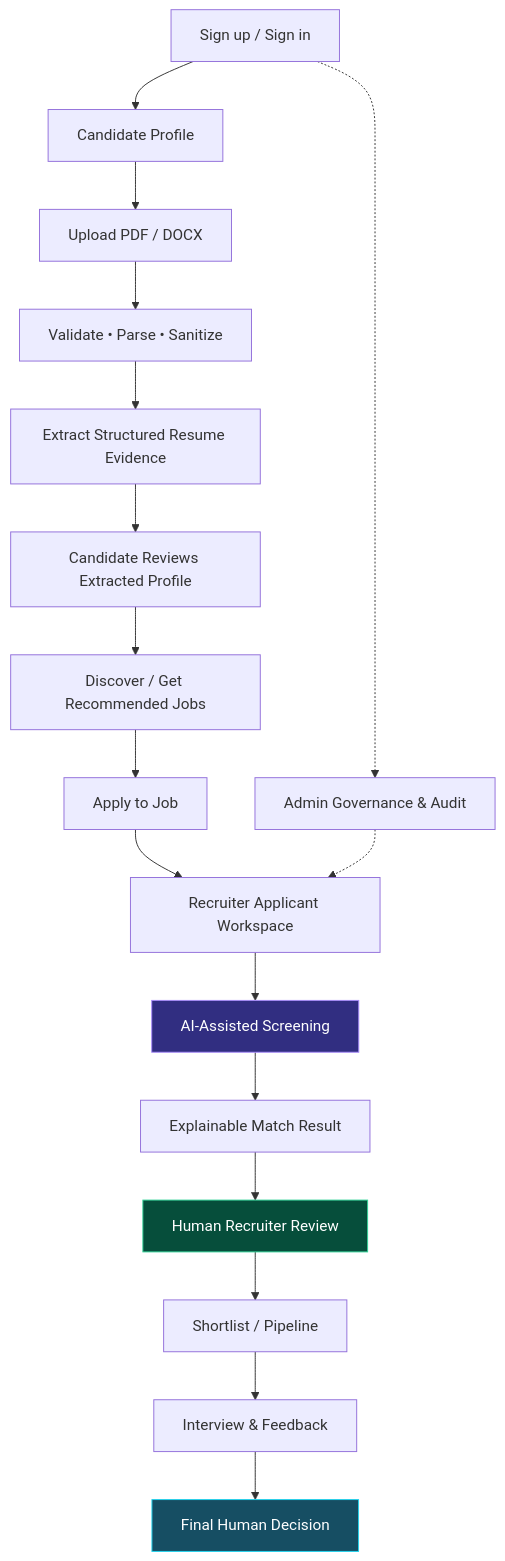
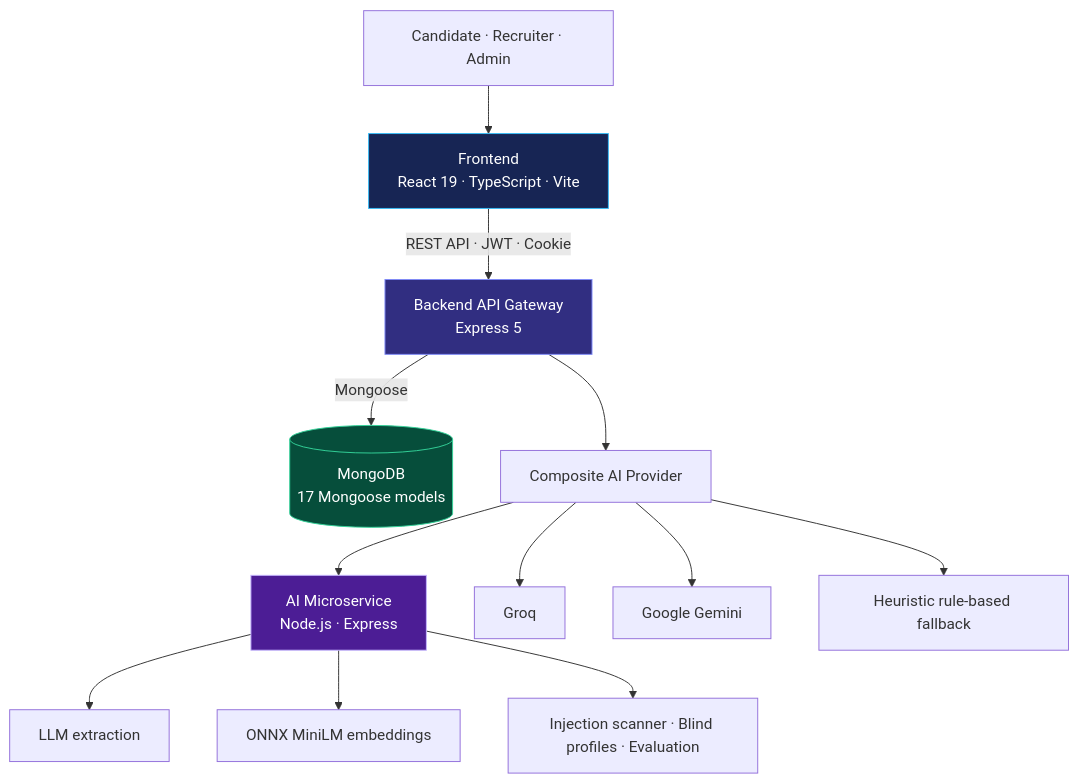
Before and after one commit to tharunsai01/ResumeAI: the second of 2 diagrams in README.md, drawn with Mermaid. The commit also changed other lines of this file, not shown here.

````diff
--- a/README.md
+++ b/README.md
@@ -173,22 +282,32 @@
 ```mermaid
-flowchart TD
-    A["Sign up / Sign in"] --> B["Candidate Profile"]
-    B --> C["Upload PDF / DOCX"]
-    C --> D["Validate • Parse • Sanitize"]
-    D --> E["Extract Structured Resume Evidence"]
-    E --> F["Candidate Reviews Extracted Profile"]
-    F --> G["Discover / Get Recommended Jobs"]
-    G --> H["Apply to Job"]
-    H --> I["Recruiter Applicant Workspace"]
-    I --> J["AI-Assisted Screening"]
-    J --> K["Explainable Match Result"]
-    K --> L["Human Recruiter Review"]
-    L --> M["Shortlist / Pipeline"]
-    M --> N["Interview & Feedback"]
-    N --> O["Final Human Decision"]
-    A -.-> P["Admin Governance & Audit"]
-    P -.-> I
-    style J fill:#312E81,stroke:#A78BFA,color:#fff
-    style L fill:#064E3B,stroke:#34D399,color:#fff
-    style O fill:#164E63,stroke:#22D3EE,color:#fff
+flowchart TB
+    U["Candidate · Recruiter · Admin"]
+    FE["Frontend<br/>React 19 · TypeScript · Vite"]
+    API["Backend API Gateway<br/>Express 5"]
+    DB[("MongoDB<br/>17 Mongoose models")]
+    AI["AI Microservice<br/>Node.js · Express"]
+    P["Composite AI Provider"]
+    G["Groq"]
+    GM["Google Gemini"]
+    H["Heuristic rule-based fallback"]
+    M["LLM extraction"]
+    E["ONNX MiniLM embeddings"]
+    SEC["Injection scanner · Blind profiles · Evaluation"]
+
+    U --> FE
+    FE -->|"REST API · JWT · Cookie"| API
+    API -->|"Mongoose"| DB
+    API --> P
+    P --> AI
+    P --> G
+    P --> GM
+    P --> H
+    AI --> M
+    AI --> E
+    AI --> SEC
+
+    style FE fill:#172554,stroke:#38BDF8,color:#fff
+    style API fill:#312E81,stroke:#818CF8,color:#fff
+    style DB fill:#064E3B,stroke:#34D399,color:#fff
+    style AI fill:#4C1D95,stroke:#C4B5FD,color:#fff
 ```
````
